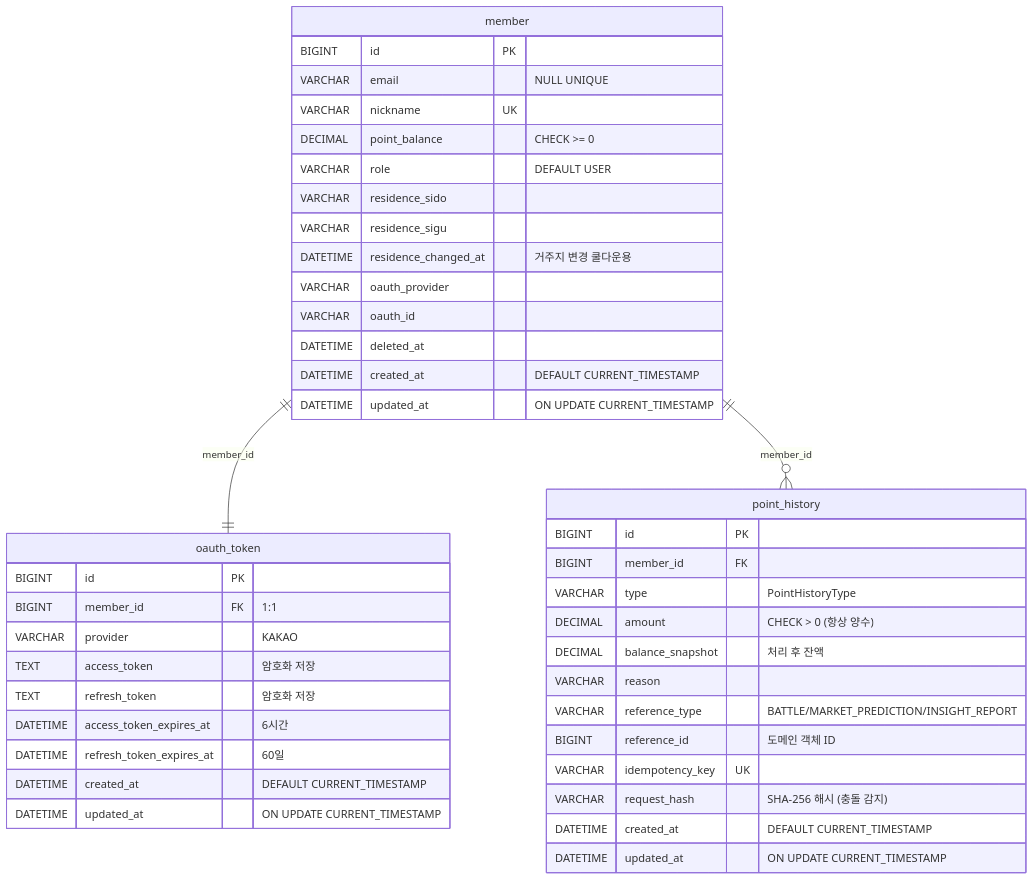
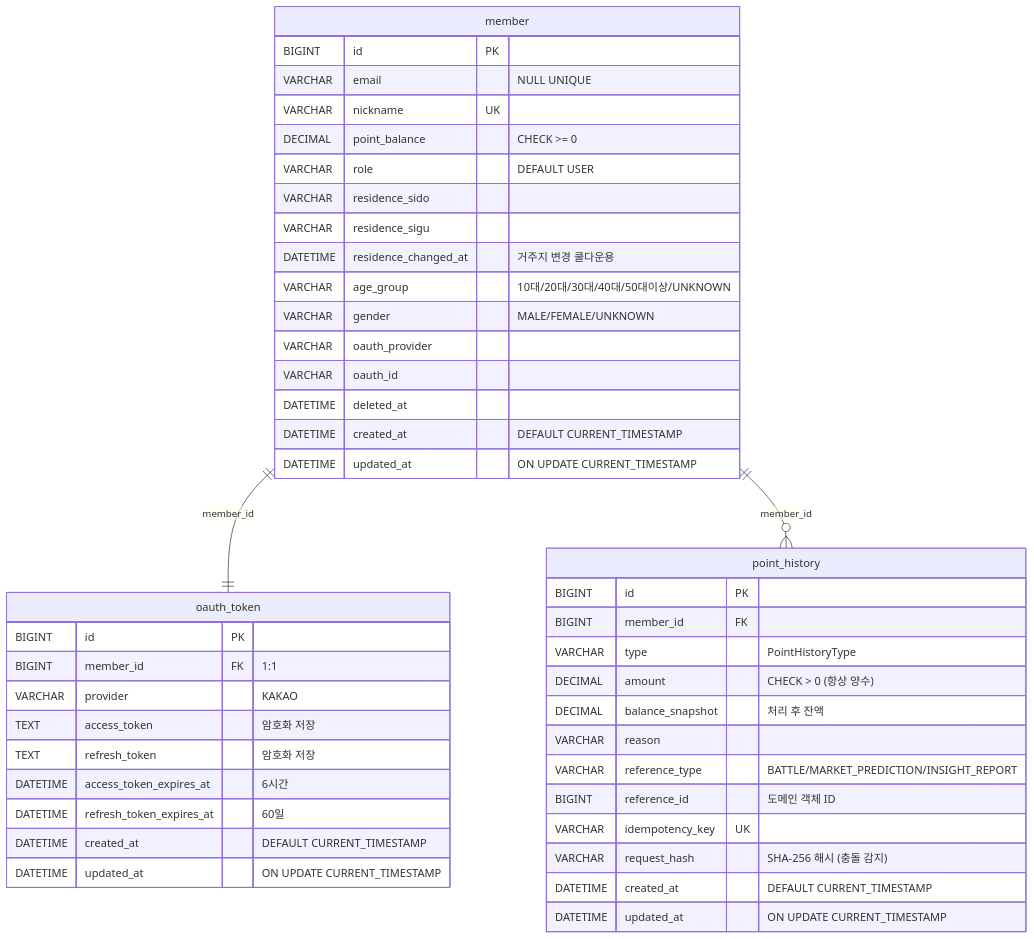
One commit to K-Ghwan99/todongsan changed the diagram in docs/member-point/MEMBER_POINT_ERD.md. Above: the diagram before and after it, drawn with Mermaid. The commit also changed other lines of this file, not shown here.

Commit message:
docs: ERD 수정

````diff
--- a/docs/member-point/MEMBER_POINT_ERD.md
+++ b/docs/member-point/MEMBER_POINT_ERD.md
@@ -92,48 +94,50 @@
 ```mermaid
 erDiagram
     member {
         BIGINT id PK
         VARCHAR email "NULL UNIQUE"
         VARCHAR nickname UK
         DECIMAL point_balance "CHECK >= 0"
         VARCHAR role "DEFAULT USER"
         VARCHAR residence_sido
         VARCHAR residence_sigu
         DATETIME residence_changed_at "거주지 변경 쿨다운용"
+        VARCHAR age_group "10대/20대/30대/40대/50대이상/UNKNOWN"
+        VARCHAR gender "MALE/FEMALE/UNKNOWN"
         VARCHAR oauth_provider
         VARCHAR oauth_id
         DATETIME deleted_at
         DATETIME created_at "DEFAULT CURRENT_TIMESTAMP"
         DATETIME updated_at "ON UPDATE CURRENT_TIMESTAMP"
     }
 
     oauth_token {
         BIGINT id PK
         BIGINT member_id FK "1:1"
         VARCHAR provider "KAKAO"
         TEXT access_token "암호화 저장"
         TEXT refresh_token "암호화 저장"
         DATETIME access_token_expires_at "6시간"
         DATETIME refresh_token_expires_at "60일"
         DATETIME created_at "DEFAULT CURRENT_TIMESTAMP"
         DATETIME updated_at "ON UPDATE CURRENT_TIMESTAMP"
     }
 
     point_history {
         BIGINT id PK
         BIGINT member_id FK
         VARCHAR type "PointHistoryType"
         DECIMAL amount "CHECK > 0 (항상 양수)"
         DECIMAL balance_snapshot "처리 후 잔액"
         VARCHAR reason
         VARCHAR reference_type "BATTLE/MARKET_PREDICTION/INSIGHT_REPORT"
         BIGINT reference_id "도메인 객체 ID"
         VARCHAR idempotency_key UK
         VARCHAR request_hash "SHA-256 해시 (충돌 감지)"
         DATETIME created_at "DEFAULT CURRENT_TIMESTAMP"
         DATETIME updated_at "ON UPDATE CURRENT_TIMESTAMP"
     }
 
     member ||--|| oauth_token : "member_id"
     member ||--o{ point_history : "member_id"
 ```
````
